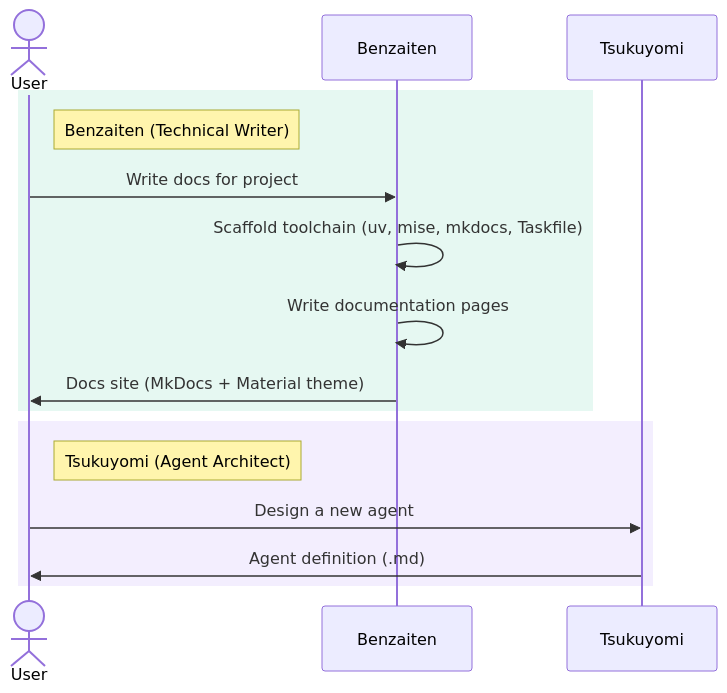
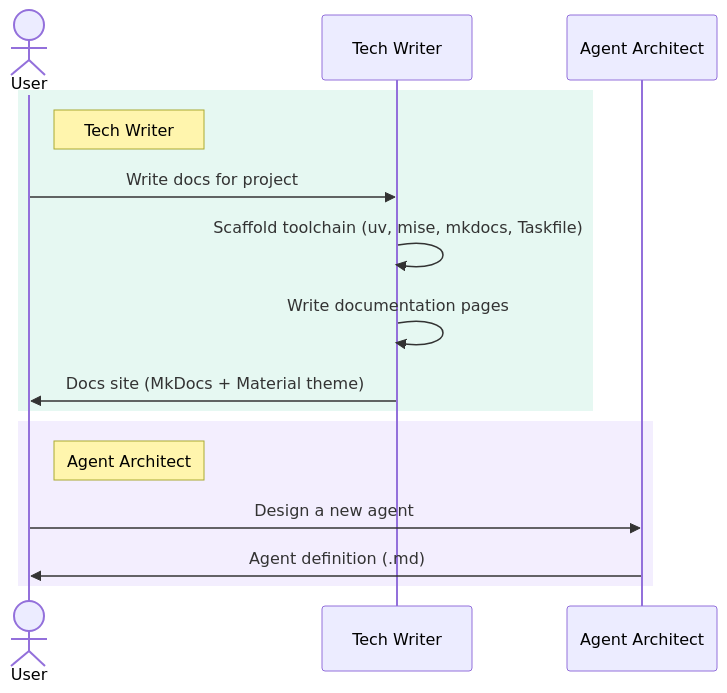
One commit to dragoscirjan/opencode-config changed the first of 6 diagrams in README_DEV.md. Above: the diagram before and after it, drawn with Mermaid. The commit also changed other lines of this file and 105 other files, not shown here.

````diff
--- a/README_DEV.md
+++ b/README_DEV.md
@@ -64,18 +64,18 @@
 ```mermaid
 sequenceDiagram
     actor User
 
     rect rgb(16, 185, 129, 0.1)
-    note right of User: Benzaiten (Technical Writer)
-    User->>Benzaiten: Write docs for project
-    Benzaiten->>Benzaiten: Scaffold toolchain (uv, mise, mkdocs, Taskfile)
-    Benzaiten->>Benzaiten: Write documentation pages
-    Benzaiten->>User: Docs site (MkDocs + Material theme)
+    note right of User: Tech Writer
+    User->>Tech Writer: Write docs for project
+    Tech Writer->>Tech Writer: Scaffold toolchain (uv, mise, mkdocs, Taskfile)
+    Tech Writer->>Tech Writer: Write documentation pages
+    Tech Writer->>User: Docs site (MkDocs + Material theme)
     end
 
     rect rgb(139, 92, 246, 0.1)
-    note right of User: Tsukuyomi (Agent Architect)
-    User->>Tsukuyomi: Design a new agent
-    Tsukuyomi->>User: Agent definition (.md)
+    note right of User: Agent Architect
+    User->>Agent Architect: Design a new agent
+    Agent Architect->>User: Agent definition (.md)
     end
 ```
````
